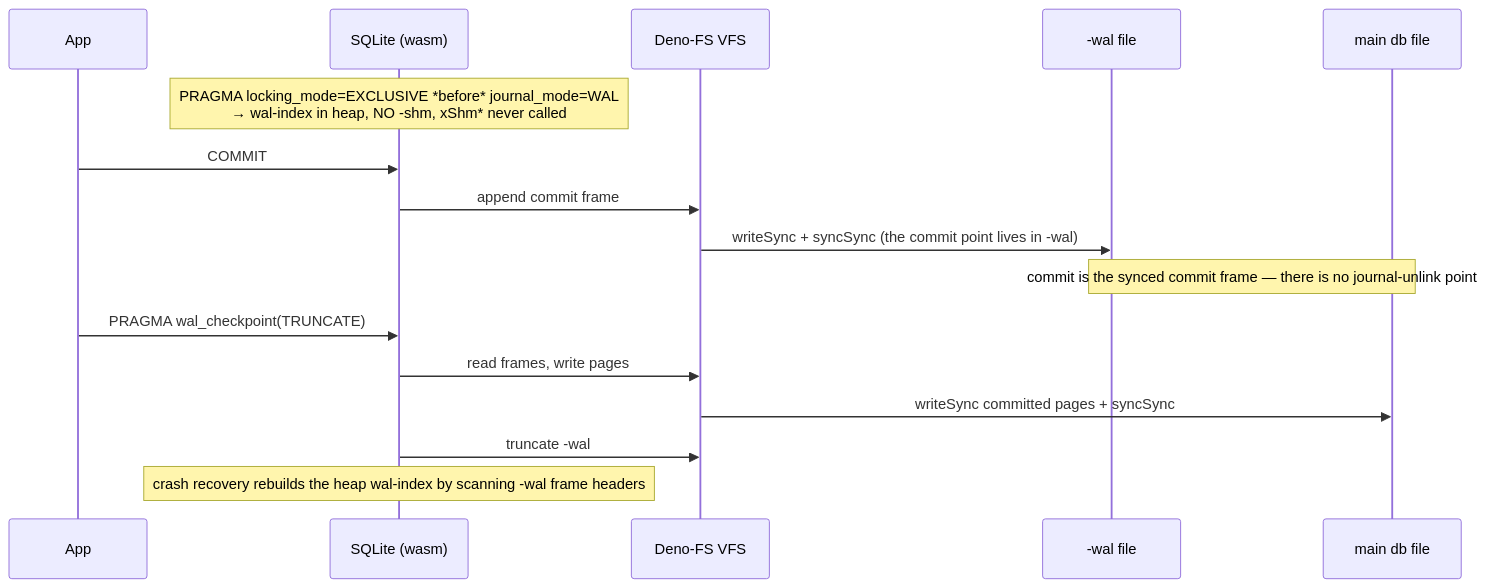
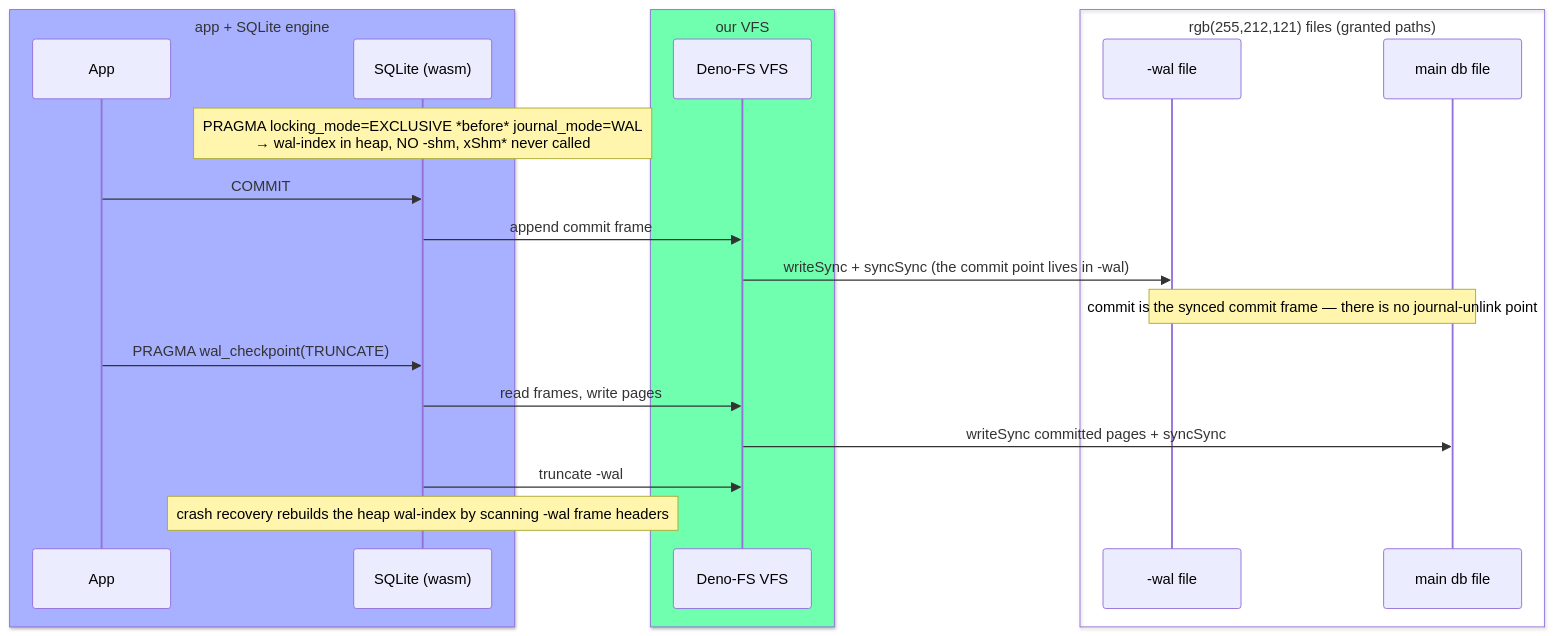
The third of 3 diagrams in README.md (ul0gic/sqlite-deno), drawn with Mermaid before and after one commit. The commit also changed other lines of this file, not shown here.

Commit message:
Match the lock-ladder and WAL diagrams to the VFS-dispatch palette
Apply the same Deno-mint/blue/amber color scheme across all three mermaid
diagrams so the architecture section reads consistently: the lock ladder colors
its states (UNLOCKED light, SHARED mint, the exclusive family amber), and the
WAL sequence groups participants into palette-matched boxes (blue app+engine,
mint VFS, amber files).

````diff
--- a/README.md
+++ b/README.md
@@ -220,19 +224,25 @@
 ```mermaid
 sequenceDiagram
-  participant App
-  participant SQLite as SQLite (wasm)
-  participant VFS as Deno-FS VFS
-  participant WAL as -wal file
-  participant DB as main db file
+  box rgb(168,177,255) app + SQLite engine
+    participant App
+    participant SQLite as SQLite (wasm)
+  end
+  box rgb(112,255,175) our VFS
+    participant VFS as Deno-FS VFS
+  end
+  box rgb(255,212,121) files (granted paths)
+    participant WAL as -wal file
+    participant DB as main db file
+  end
 
   Note over SQLite: PRAGMA locking_mode=EXCLUSIVE *before* journal_mode=WAL<br/>→ wal-index in heap, NO -shm, xShm* never called
   App->>SQLite: COMMIT
   SQLite->>VFS: append commit frame
   VFS->>WAL: writeSync + syncSync (the commit point lives in -wal)
   Note over WAL,DB: commit is the synced commit frame — there is no journal-unlink point
   App->>SQLite: PRAGMA wal_checkpoint(TRUNCATE)
   SQLite->>VFS: read frames, write pages
   VFS->>DB: writeSync committed pages + syncSync
   SQLite->>VFS: truncate -wal
   Note over SQLite: crash recovery rebuilds the heap wal-index by scanning -wal frame headers
 ```
````
